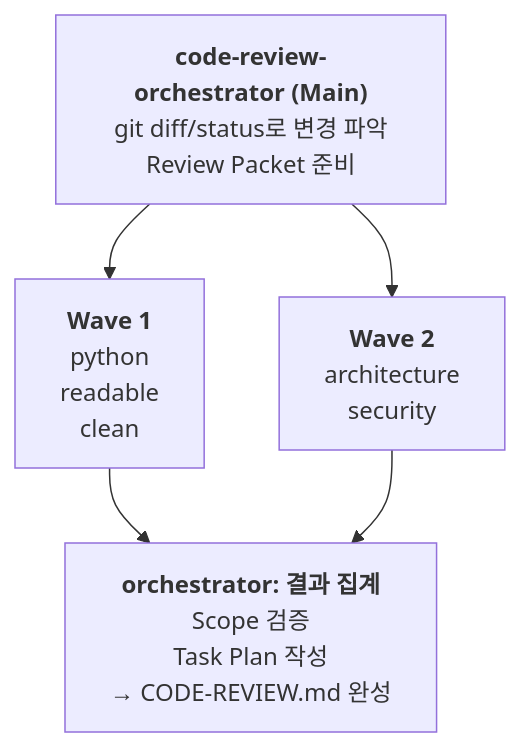
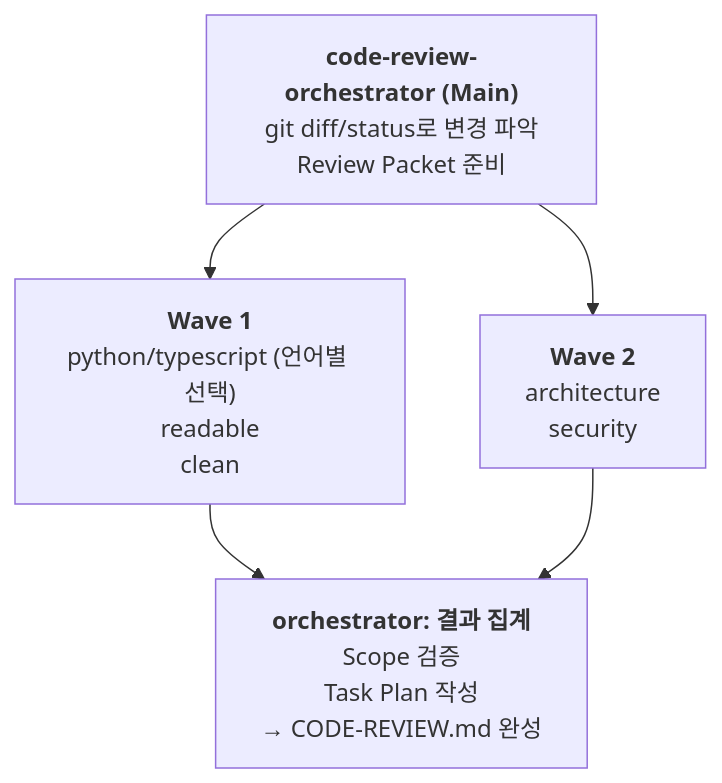
One commit to aws-samples/aws-kr-startup-samples changed the diagram in kiro/agents/code-review/README.md. Above: the diagram before and after it, drawn with Mermaid. The commit also changed other lines of this file and 3 other files, not shown here.

````diff
--- a/kiro/agents/code-review/README.md
+++ b/kiro/agents/code-review/README.md
@@ -29,22 +30,22 @@
 ```mermaid
 flowchart TB
     A["`**code-review-orchestrator (Main)**
     git diff/status로 변경 파악
     Review Packet 준비`"]
     
     A --> B["`**Wave 1**
-    python
+    python/typescript (언어별 선택)
     readable
     clean`"]
     
     A --> C["`**Wave 2**
     architecture
     security`"]
     
     B --> D["`**orchestrator: 결과 집계**
     Scope 검증
     Task Plan 작성
     → CODE-REVIEW.md 완성`"]
     
     C --> D
 ```
````
